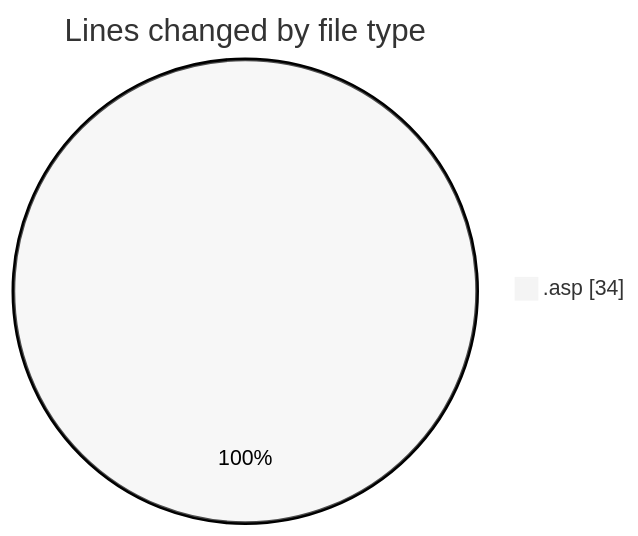
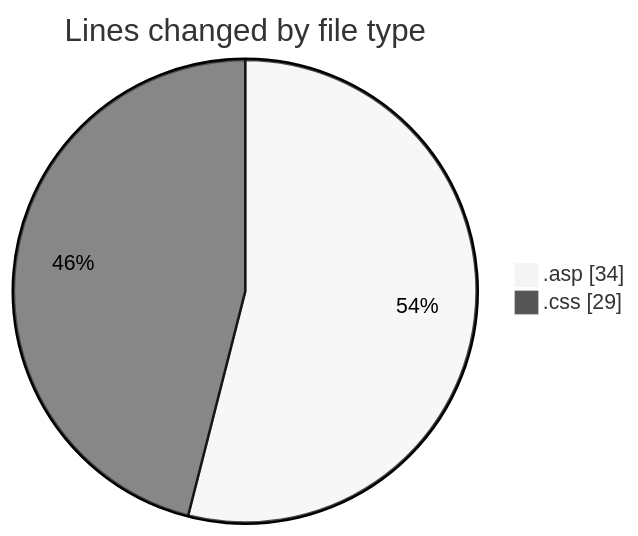
Before and after one commit to julien-gomy/code-tracking: the first of 2 diagrams in 2025-11-02/cdp_aleoudev_fr__workspace_/README.md, drawn with Mermaid (neutral theme). The commit also changed other lines of this file and 1 other file, not shown here.

````diff
--- a/2025-11-02/cdp_aleoudev_fr__workspace_/README.md
+++ b/2025-11-02/cdp_aleoudev_fr__workspace_/README.md
@@ -22,5 +23,6 @@
 ```mermaid
 pie showData
 title Lines changed by file type
 ".asp" : 34
+".css" : 29
 ```
````
